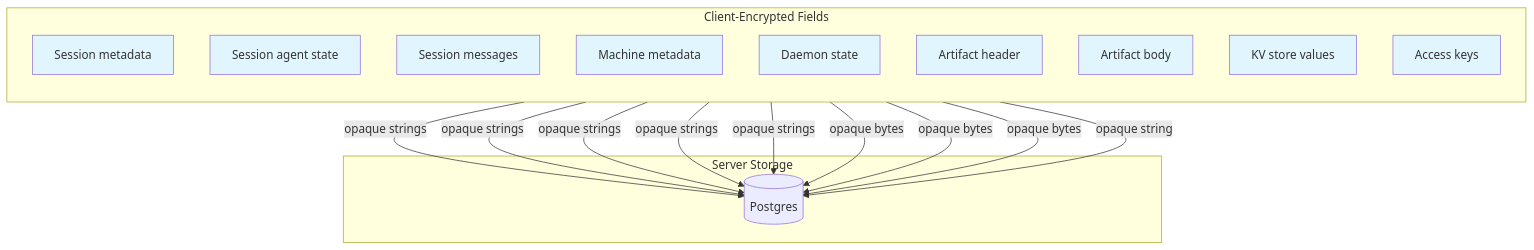
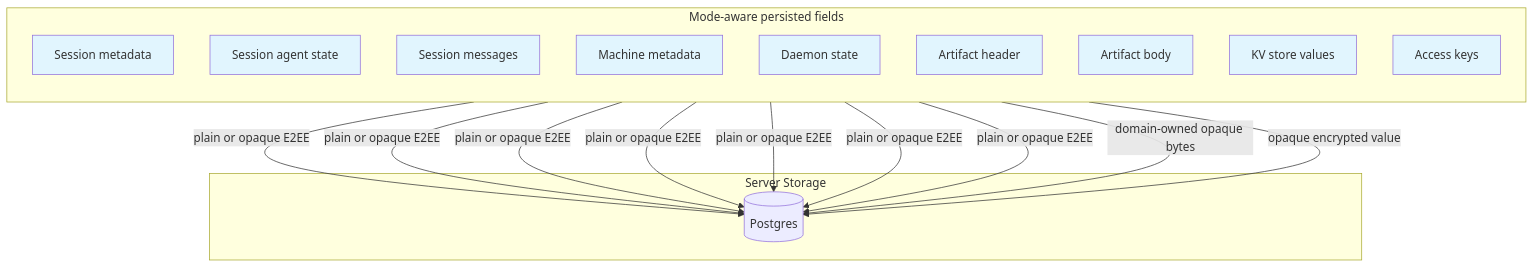
Before and after one commit to happier-dev/happier: the seventh of 12 diagrams in docs/encryption.md, drawn with Mermaid. The commit also changed other lines of this file and 36 other files, not shown here.

````diff
--- a/docs/encryption.md
+++ b/docs/encryption.md
@@ -159,35 +343,35 @@
 ```mermaid
 graph TB
-    subgraph "Client-Encrypted Fields"
+    subgraph "Mode-aware persisted fields"
         direction TB
         S1[Session metadata]
         S2[Session agent state]
         S3[Session messages]
         M1[Machine metadata]
         M2[Daemon state]
         A1[Artifact header]
         A2[Artifact body]
         K1[KV store values]
         AK[Access keys]
     end
 
     subgraph "Server Storage"
         DB[(Postgres)]
     end
 
-    S1 & S2 & S3 --> |opaque strings| DB
-    M1 & M2 --> |opaque strings| DB
-    A1 & A2 --> |opaque bytes| DB
-    K1 --> |opaque bytes| DB
-    AK --> |opaque string| DB
+    S1 & S2 & S3 --> |plain or opaque E2EE| DB
+    M1 & M2 --> |plain or opaque E2EE| DB
+    A1 & A2 --> |plain or opaque E2EE| DB
+    K1 --> |domain-owned opaque bytes| DB
+    AK --> |opaque encrypted value| DB
 
     style S1 fill:#e1f5fe
     style S2 fill:#e1f5fe
     style S3 fill:#e1f5fe
     style M1 fill:#e1f5fe
     style M2 fill:#e1f5fe
     style A1 fill:#e1f5fe
     style A2 fill:#e1f5fe
     style K1 fill:#e1f5fe
     style AK fill:#e1f5fe
 ```
````
